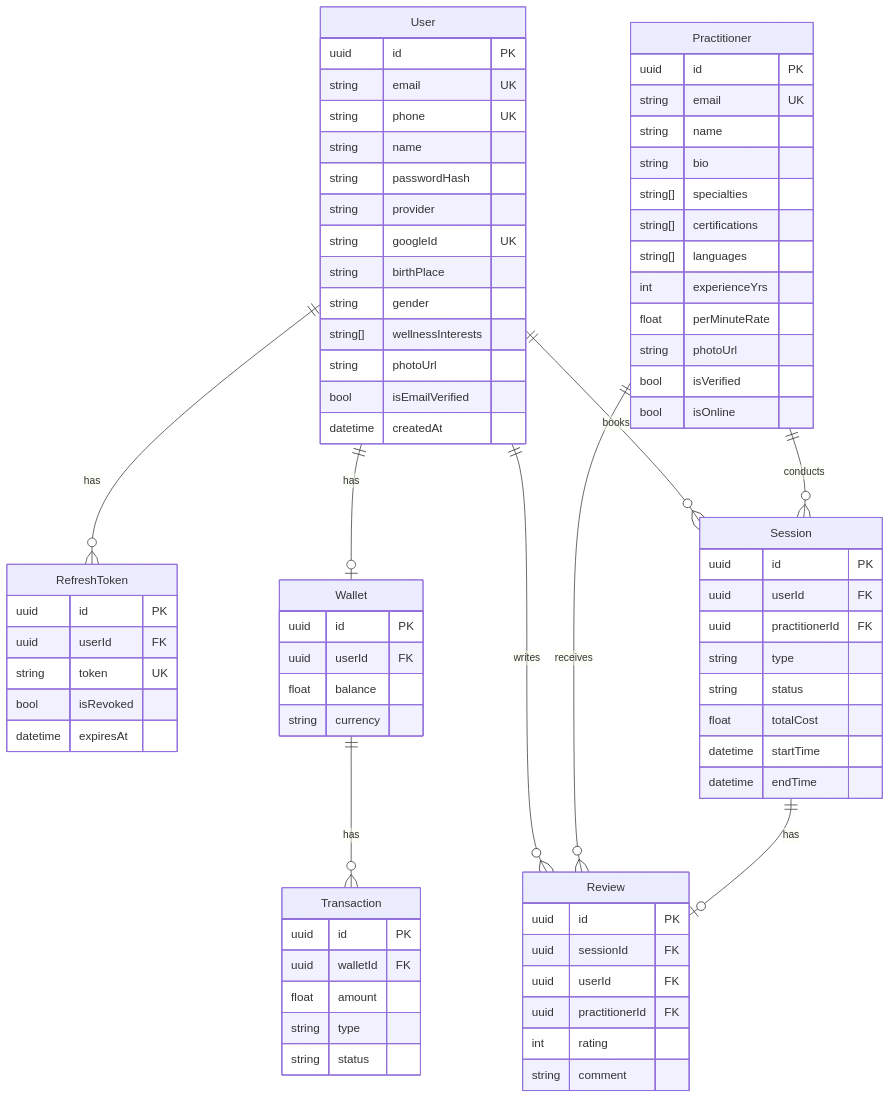
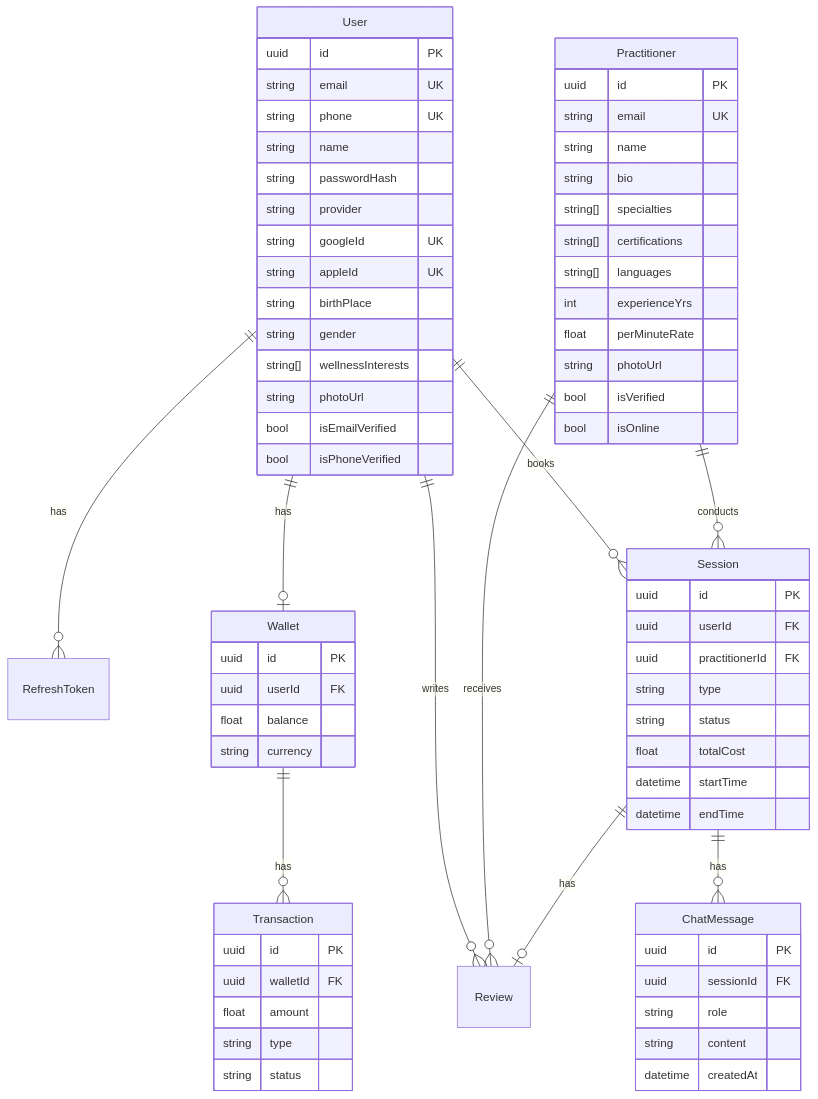
The second of 2 diagrams in README.md (DeepakdevilB/Heal_Connect), drawn with Mermaid before and after one commit. The commit also changed other lines of this file and 4 other files, not shown here.

````diff
--- a/README.md
+++ b/README.md
@@ -222,5 +163,15 @@
 ```mermaid
 erDiagram
+    User ||--o{ RefreshToken : "has"
+    User ||--o| Wallet : "has"
+    User ||--o{ Session : "books"
+    User ||--o{ Review : "writes"
+    Wallet ||--o{ Transaction : "has"
+    Practitioner ||--o{ Session : "conducts"
+    Practitioner ||--o{ Review : "receives"
+    Session ||--o| Review : "has"
+    Session ||--o{ ChatMessage : "has"
+
     User {
         uuid id PK
         string email UK
@@ -229,12 +180,13 @@
         string passwordHash
         string provider
         string googleId UK
+        string appleId UK
         string birthPlace
         string gender
         string[] wellnessInterests
         string photoUrl
         bool isEmailVerified
-        datetime createdAt
+        bool isPhoneVerified
     }
 
     Practitioner {
@@ -252,12 +204,15 @@
         bool isOnline
     }
 
-    RefreshToken {
+    Session {
         uuid id PK
         uuid userId FK
-        string token UK
-        bool isRevoked
-        datetime expiresAt
+        uuid practitionerId FK
+        string type
+        string status
+        float totalCost
+        datetime startTime
+        datetime endTime
     }
 
     Wallet {
@@ -275,32 +230,11 @@
         string status
     }
 
-    Session {
-        uuid id PK
-        uuid userId FK
-        uuid practitionerId FK
-        string type
-        string status
-        float totalCost
-        datetime startTime
-        datetime endTime
-    }
-
-    Review {
+    ChatMessage {
         uuid id PK
         uuid sessionId FK
-        uuid userId FK
-        uuid practitionerId FK
-        int rating
-        string comment
+        string role
+        string content
+        datetime createdAt
     }
-
-    User ||--o{ RefreshToken : "has"
-    User ||--o| Wallet : "has"
-    User ||--o{ Session : "books"
-    User ||--o{ Review : "writes"
-    Wallet ||--o{ Transaction : "has"
-    Practitioner ||--o{ Session : "conducts"
-    Practitioner ||--o{ Review : "receives"
-    Session ||--o| Review : "has"
 ```
````
